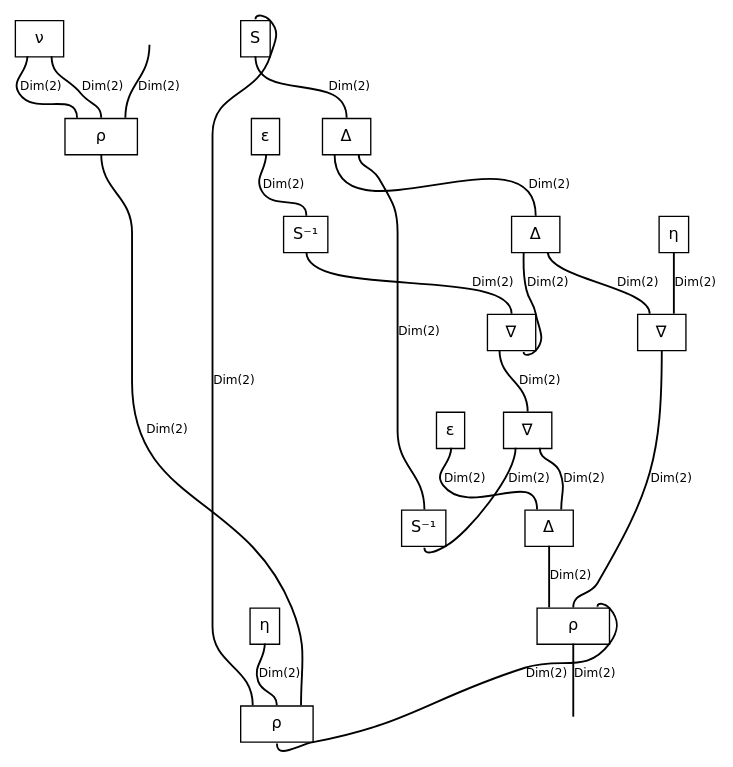
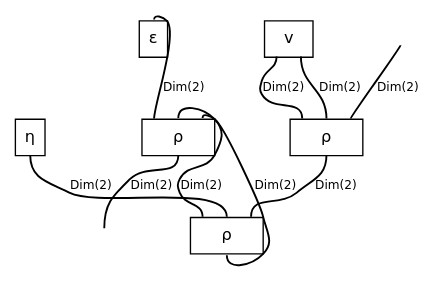
One commit to discopy/discopy changed the diagram in docs/_static/hopf/ribbon-functor.dot. Above: the diagram before and after it, drawn with Graphviz. The commit also changed 6 other files, not shown here.

```diff
--- a/docs/_static/hopf/ribbon-functor.dot
+++ b/docs/_static/hopf/ribbon-functor.dot
@@ -1,48 +1,24 @@
 graph cmap {
   graph [bgcolor="white", fontname="DejaVu Sans", layout="dot", margin="0.04", outputorder="edgesfirst", overlap="false", rankdir="TB", splines="true"];
   node [color="black", fontname="DejaVu Sans", fontsize="12", margin="0", shape="plain"];
   edge [color="black", fontname="DejaVu Sans", fontsize="9", headclip="true", penwidth="1.4", tailclip="true"];
-  v0 [label=<<TABLE BORDER="0" CELLBORDER="0" CELLSPACING="0"><TR><TD BORDER="1" CELLPADDING="6" COLSPAN="2" WIDTH="36">ν</TD></TR><TR><TD PORT="p2" TOOLTIP="cod 0: Dim(2) (down, down)" BORDER="0" CELLPADDING="0" COLSPAN="1" WIDTH="18" HEIGHT="0"></TD><TD PORT="p1" TOOLTIP="cod 1: Dim(2) (down, down)" BORDER="0" CELLPADDING="0" COLSPAN="1" WIDTH="18" HEIGHT="0"></TD></TR></TABLE>>];
+  v0 [label=<<TABLE BORDER="0" CELLBORDER="0" CELLSPACING="0"><TR><TD BORDER="1" CELLPADDING="6" COLSPAN="2" WIDTH="36">v</TD></TR><TR><TD PORT="p2" TOOLTIP="cod 0: Dim(2) (down, down)" BORDER="0" CELLPADDING="0" COLSPAN="1" WIDTH="18" HEIGHT="0"></TD><TD PORT="p1" TOOLTIP="cod 1: Dim(2) (down, down)" BORDER="0" CELLPADDING="0" COLSPAN="1" WIDTH="18" HEIGHT="0"></TD></TR></TABLE>>];
   v1 [label=<<TABLE BORDER="0" CELLBORDER="0" CELLSPACING="0"><TR><TD PORT="p3" TOOLTIP="dom 0: Dim(2) (up, up)" BORDER="0" CELLPADDING="0" COLSPAN="1" WIDTH="18" HEIGHT="0"></TD><TD PORT="p4" TOOLTIP="dom 1: Dim(2) (up, up)" BORDER="0" CELLPADDING="0" COLSPAN="1" WIDTH="18" HEIGHT="0"></TD><TD PORT="p5" TOOLTIP="dom 2: Dim(2) (up, up)" BORDER="0" CELLPADDING="0" COLSPAN="1" WIDTH="18" HEIGHT="0"></TD></TR><TR><TD BORDER="1" CELLPADDING="6" COLSPAN="3" WIDTH="54">ρ</TD></TR><TR><TD PORT="p6" TOOLTIP="cod 0: Dim(2) (down, down)" BORDER="0" CELLPADDING="0" COLSPAN="3" WIDTH="54" HEIGHT="0"></TD></TR></TABLE>>];
-  v2 [label=<<TABLE BORDER="0" CELLBORDER="0" CELLSPACING="0"><TR><TD BORDER="1" CELLPADDING="6" COLSPAN="1" WIDTH="18">ε</TD></TR><TR><TD PORT="p7" TOOLTIP="cod 0: Dim(2) (down, down)" BORDER="0" CELLPADDING="0" COLSPAN="1" WIDTH="18" HEIGHT="0"></TD></TR></TABLE>>];
+  v2 [label=<<TABLE BORDER="0" CELLBORDER="0" CELLSPACING="0"><TR><TD PORT="p7" TOOLTIP="dom 0: Dim(2) (up, up)" BORDER="0" CELLPADDING="0" COLSPAN="1" WIDTH="18" HEIGHT="0"></TD></TR><TR><TD BORDER="1" CELLPADDING="6" COLSPAN="1" WIDTH="18">ε</TD></TR></TABLE>>];
   v3 [label=<<TABLE BORDER="0" CELLBORDER="0" CELLSPACING="0"><TR><TD BORDER="1" CELLPADDING="6" COLSPAN="1" WIDTH="18">η</TD></TR><TR><TD PORT="p8" TOOLTIP="cod 0: Dim(2) (down, down)" BORDER="0" CELLPADDING="0" COLSPAN="1" WIDTH="18" HEIGHT="0"></TD></TR></TABLE>>];
-  v4 [label=<<TABLE BORDER="0" CELLBORDER="0" CELLSPACING="0"><TR><TD BORDER="1" CELLPADDING="6" COLSPAN="1" WIDTH="18">ε</TD></TR><TR><TD PORT="p9" TOOLTIP="cod 0: Dim(2) (down, down)" BORDER="0" CELLPADDING="0" COLSPAN="1" WIDTH="18" HEIGHT="0"></TD></TR></TABLE>>];
-  v5 [label=<<TABLE BORDER="0" CELLBORDER="0" CELLSPACING="0"><TR><TD PORT="p10" TOOLTIP="dom 0: Dim(2) (up, up)" BORDER="0" CELLPADDING="0" COLSPAN="1" WIDTH="18" HEIGHT="0"></TD></TR><TR><TD BORDER="1" CELLPADDING="6" COLSPAN="1" WIDTH="18">S⁻¹</TD></TR><TR><TD PORT="p11" TOOLTIP="cod 0: Dim(2) (down, down)" BORDER="0" CELLPADDING="0" COLSPAN="1" WIDTH="18" HEIGHT="0"></TD></TR></TABLE>>];
-  v6 [label=<<TABLE BORDER="0" CELLBORDER="0" CELLSPACING="0"><TR><TD PORT="p12" TOOLTIP="dom 0: Dim(2) (up, up)" BORDER="0" CELLPADDING="0" COLSPAN="1" WIDTH="18" HEIGHT="0"></TD></TR><TR><TD BORDER="1" CELLPADDING="6" COLSPAN="1" WIDTH="18">S</TD></TR><TR><TD PORT="p13" TOOLTIP="cod 0: Dim(2) (down, down)" BORDER="0" CELLPADDING="0" COLSPAN="1" WIDTH="18" HEIGHT="0"></TD></TR></TABLE>>];
-  v7 [label=<<TABLE BORDER="0" CELLBORDER="0" CELLSPACING="0"><TR><TD BORDER="1" CELLPADDING="6" COLSPAN="1" WIDTH="18">η</TD></TR><TR><TD PORT="p14" TOOLTIP="cod 0: Dim(2) (down, down)" BORDER="0" CELLPADDING="0" COLSPAN="1" WIDTH="18" HEIGHT="0"></TD></TR></TABLE>>];
-  v8 [label=<<TABLE BORDER="0" CELLBORDER="0" CELLSPACING="0"><TR><TD PORT="p15" TOOLTIP="dom 0: Dim(2) (up, up)" BORDER="0" CELLPADDING="0" COLSPAN="2" WIDTH="36" HEIGHT="0"></TD></TR><TR><TD BORDER="1" CELLPADDING="6" COLSPAN="2" WIDTH="36">Δ</TD></TR><TR><TD PORT="p17" TOOLTIP="cod 0: Dim(2) (down, down)" BORDER="0" CELLPADDING="0" COLSPAN="1" WIDTH="18" HEIGHT="0"></TD><TD PORT="p16" TOOLTIP="cod 1: Dim(2) (down, down)" BORDER="0" CELLPADDING="0" COLSPAN="1" WIDTH="18" HEIGHT="0"></TD></TR></TABLE>>];
-  v9 [label=<<TABLE BORDER="0" CELLBORDER="0" CELLSPACING="0"><TR><TD PORT="p18" TOOLTIP="dom 0: Dim(2) (up, up)" BORDER="0" CELLPADDING="0" COLSPAN="2" WIDTH="36" HEIGHT="0"></TD></TR><TR><TD BORDER="1" CELLPADDING="6" COLSPAN="2" WIDTH="36">Δ</TD></TR><TR><TD PORT="p20" TOOLTIP="cod 0: Dim(2) (down, down)" BORDER="0" CELLPADDING="0" COLSPAN="1" WIDTH="18" HEIGHT="0"></TD><TD PORT="p19" TOOLTIP="cod 1: Dim(2) (down, down)" BORDER="0" CELLPADDING="0" COLSPAN="1" WIDTH="18" HEIGHT="0"></TD></TR></TABLE>>];
-  v10 [label=<<TABLE BORDER="0" CELLBORDER="0" CELLSPACING="0"><TR><TD PORT="p21" TOOLTIP="dom 0: Dim(2) (up, up)" BORDER="0" CELLPADDING="0" COLSPAN="2" WIDTH="36" HEIGHT="0"></TD></TR><TR><TD BORDER="1" CELLPADDING="6" COLSPAN="2" WIDTH="36">∇</TD></TR><TR><TD PORT="p23" TOOLTIP="cod 0: Dim(2) (down, down)" BORDER="0" CELLPADDING="0" COLSPAN="1" WIDTH="18" HEIGHT="0"></TD><TD PORT="p22" TOOLTIP="cod 1: Dim(2) (down, down)" BORDER="0" CELLPADDING="0" COLSPAN="1" WIDTH="18" HEIGHT="0"></TD></TR></TABLE>>];
-  v11 [label=<<TABLE BORDER="0" CELLBORDER="0" CELLSPACING="0"><TR><TD PORT="p24" TOOLTIP="dom 0: Dim(2) (up, up)" BORDER="0" CELLPADDING="0" COLSPAN="2" WIDTH="36" HEIGHT="0"></TD></TR><TR><TD BORDER="1" CELLPADDING="6" COLSPAN="2" WIDTH="36">∇</TD></TR><TR><TD PORT="p26" TOOLTIP="cod 0: Dim(2) (down, down)" BORDER="0" CELLPADDING="0" COLSPAN="1" WIDTH="18" HEIGHT="0"></TD><TD PORT="p25" TOOLTIP="cod 1: Dim(2) (down, down)" BORDER="0" CELLPADDING="0" COLSPAN="1" WIDTH="18" HEIGHT="0"></TD></TR></TABLE>>];
-  v12 [label=<<TABLE BORDER="0" CELLBORDER="0" CELLSPACING="0"><TR><TD PORT="p27" TOOLTIP="dom 0: Dim(2) (up, up)" BORDER="0" CELLPADDING="0" COLSPAN="1" WIDTH="18" HEIGHT="0"></TD></TR><TR><TD BORDER="1" CELLPADDING="6" COLSPAN="1" WIDTH="18">S⁻¹</TD></TR><TR><TD PORT="p28" TOOLTIP="cod 0: Dim(2) (down, down)" BORDER="0" CELLPADDING="0" COLSPAN="1" WIDTH="18" HEIGHT="0"></TD></TR></TABLE>>];
-  v13 [label=<<TABLE BORDER="0" CELLBORDER="0" CELLSPACING="0"><TR><TD PORT="p29" TOOLTIP="dom 0: Dim(2) (up, up)" BORDER="0" CELLPADDING="0" COLSPAN="1" WIDTH="18" HEIGHT="0"></TD><TD PORT="p30" TOOLTIP="dom 1: Dim(2) (up, up)" BORDER="0" CELLPADDING="0" COLSPAN="1" WIDTH="18" HEIGHT="0"></TD></TR><TR><TD BORDER="1" CELLPADDING="6" COLSPAN="2" WIDTH="36">Δ</TD></TR><TR><TD PORT="p31" TOOLTIP="cod 0: Dim(2) (down, down)" BORDER="0" CELLPADDING="0" COLSPAN="2" WIDTH="36" HEIGHT="0"></TD></TR></TABLE>>];
-  v14 [label=<<TABLE BORDER="0" CELLBORDER="0" CELLSPACING="0"><TR><TD PORT="p32" TOOLTIP="dom 0: Dim(2) (up, up)" BORDER="0" CELLPADDING="0" COLSPAN="1" WIDTH="18" HEIGHT="0"></TD><TD PORT="p33" TOOLTIP="dom 1: Dim(2) (up, up)" BORDER="0" CELLPADDING="0" COLSPAN="1" WIDTH="18" HEIGHT="0"></TD></TR><TR><TD BORDER="1" CELLPADDING="6" COLSPAN="2" WIDTH="36">∇</TD></TR><TR><TD PORT="p34" TOOLTIP="cod 0: Dim(2) (down, down)" BORDER="0" CELLPADDING="0" COLSPAN="2" WIDTH="36" HEIGHT="0"></TD></TR></TABLE>>];
-  v15 [label=<<TABLE BORDER="0" CELLBORDER="0" CELLSPACING="0"><TR><TD PORT="p35" TOOLTIP="dom 0: Dim(2) (up, up)" BORDER="0" CELLPADDING="0" COLSPAN="1" WIDTH="18" HEIGHT="0"></TD><TD PORT="p36" TOOLTIP="dom 1: Dim(2) (up, up)" BORDER="0" CELLPADDING="0" COLSPAN="1" WIDTH="18" HEIGHT="0"></TD><TD PORT="p37" TOOLTIP="dom 2: Dim(2) (up, up)" BORDER="0" CELLPADDING="0" COLSPAN="1" WIDTH="18" HEIGHT="0"></TD></TR><TR><TD BORDER="1" CELLPADDING="6" COLSPAN="3" WIDTH="54">ρ</TD></TR><TR><TD PORT="p38" TOOLTIP="cod 0: Dim(2) (down, down)" BORDER="0" CELLPADDING="0" COLSPAN="3" WIDTH="54" HEIGHT="0"></TD></TR></TABLE>>];
-  v16 [label=<<TABLE BORDER="0" CELLBORDER="0" CELLSPACING="0"><TR><TD PORT="p39" TOOLTIP="dom 0: Dim(2) (up, up)" BORDER="0" CELLPADDING="0" COLSPAN="1" WIDTH="18" HEIGHT="0"></TD><TD PORT="p40" TOOLTIP="dom 1: Dim(2) (up, up)" BORDER="0" CELLPADDING="0" COLSPAN="1" WIDTH="18" HEIGHT="0"></TD><TD PORT="p41" TOOLTIP="dom 2: Dim(2) (up, up)" BORDER="0" CELLPADDING="0" COLSPAN="1" WIDTH="18" HEIGHT="0"></TD></TR><TR><TD BORDER="1" CELLPADDING="6" COLSPAN="3" WIDTH="54">ρ</TD></TR><TR><TD PORT="p42" TOOLTIP="cod 0: Dim(2) (down, down)" BORDER="0" CELLPADDING="0" COLSPAN="3" WIDTH="54" HEIGHT="0"></TD></TR></TABLE>>];
+  v4 [label=<<TABLE BORDER="0" CELLBORDER="0" CELLSPACING="0"><TR><TD PORT="p9" TOOLTIP="dom 0: Dim(2) (up, up)" BORDER="0" CELLPADDING="0" COLSPAN="1" WIDTH="18" HEIGHT="0"></TD><TD PORT="p10" TOOLTIP="dom 1: Dim(2) (up, up)" BORDER="0" CELLPADDING="0" COLSPAN="1" WIDTH="18" HEIGHT="0"></TD><TD PORT="p11" TOOLTIP="dom 2: Dim(2) (up, up)" BORDER="0" CELLPADDING="0" COLSPAN="1" WIDTH="18" HEIGHT="0"></TD></TR><TR><TD BORDER="1" CELLPADDING="6" COLSPAN="3" WIDTH="54">ρ</TD></TR><TR><TD PORT="p12" TOOLTIP="cod 0: Dim(2) (down, down)" BORDER="0" CELLPADDING="0" COLSPAN="3" WIDTH="54" HEIGHT="0"></TD></TR></TABLE>>];
+  v5 [label=<<TABLE BORDER="0" CELLBORDER="0" CELLSPACING="0"><TR><TD PORT="p13" TOOLTIP="dom 0: Dim(2) (up, up)" BORDER="0" CELLPADDING="0" COLSPAN="1" WIDTH="18" HEIGHT="0"></TD><TD PORT="p14" TOOLTIP="dom 1: Dim(2) (up, up)" BORDER="0" CELLPADDING="0" COLSPAN="1" WIDTH="18" HEIGHT="0"></TD><TD PORT="p15" TOOLTIP="dom 2: Dim(2) (up, up)" BORDER="0" CELLPADDING="0" COLSPAN="1" WIDTH="18" HEIGHT="0"></TD></TR><TR><TD BORDER="1" CELLPADDING="6" COLSPAN="3" WIDTH="54">ρ</TD></TR><TR><TD PORT="p16" TOOLTIP="cod 0: Dim(2) (down, down)" BORDER="0" CELLPADDING="0" COLSPAN="3" WIDTH="54" HEIGHT="0"></TD></TR></TABLE>>];
   input [label=<<TABLE BORDER="0" CELLBORDER="0" CELLSPACING="0"><TR><TD PORT="p0" TOOLTIP="input 0: Dim(2)" BORDER="0" CELLPADDING="4"></TD></TR></TABLE>>];
-  output [label=<<TABLE BORDER="0" CELLBORDER="0" CELLSPACING="0"><TR><TD PORT="p43" TOOLTIP="output 0: Dim(2)" BORDER="0" CELLPADDING="4"></TD></TR></TABLE>>];
+  output [label=<<TABLE BORDER="0" CELLBORDER="0" CELLSPACING="0"><TR><TD PORT="p17" TOOLTIP="output 0: Dim(2)" BORDER="0" CELLPADDING="4"></TD></TR></TABLE>>];
   { rank=min; input; }
   { rank=max; output; }
   input:p0:s -- v1:p5:n [label="Dim(2)", labeldistance="1.6", len="0.85"];
   v0:p1:s -- v1:p4:n [label="Dim(2)", labeldistance="1.6", len="0.85"];
   v0:p2:s -- v1:p3:n [label="Dim(2)", labeldistance="1.6", len="0.85"];
-  v1:p6:s -- v16:p41:n [label="Dim(2)", labeldistance="1.6", len="0.85"];
-  v2:p7:s -- v5:p10:n [label="Dim(2)", labeldistance="1.6", len="0.85"];
-  v3:p8:s -- v16:p40:n [label="Dim(2)", labeldistance="1.6", len="0.85"];
-  v4:p9:s -- v13:p29:n [label="Dim(2)", labeldistance="1.6", len="0.85"];
-  v5:p11:s -- v10:p21:n [label="Dim(2)", labeldistance="1.6", len="0.85"];
-  v6:p12:n -- v16:p39:n [label="Dim(2)", labeldistance="1.6", len="0.85"];
-  v6:p13:s -- v8:p15:n [label="Dim(2)", labeldistance="1.6", len="0.85"];
-  v7:p14:s -- v14:p33:n [label="Dim(2)", labeldistance="1.6", len="0.85"];
-  v8:p16:s -- v12:p27:n [label="Dim(2)", labeldistance="1.6", len="0.85"];
-  v8:p17:s -- v9:p18:n [label="Dim(2)", labeldistance="1.6", len="0.85"];
-  v9:p19:s -- v14:p32:n [label="Dim(2)", labeldistance="1.6", len="0.85"];
-  v9:p20:s -- v10:p22:s [label="Dim(2)", labeldistance="1.6", len="0.85"];
-  v10:p23:s -- v11:p24:n [label="Dim(2)", labeldistance="1.6", len="0.85"];
-  v11:p25:s -- v13:p30:n [label="Dim(2)", labeldistance="1.6", len="0.85"];
-  v11:p26:s -- v12:p28:s [label="Dim(2)", labeldistance="1.6", len="0.85"];
-  v13:p31:s -- v15:p35:n [label="Dim(2)", labeldistance="1.6", len="0.85"];
-  v14:p34:s -- v15:p36:n [label="Dim(2)", labeldistance="1.6", len="0.85"];
-  v15:p37:n -- v16:p42:s [label="Dim(2)", labeldistance="1.6", len="0.85"];
-  v15:p38:s -- output:p43:n [label="Dim(2)", labeldistance="1.6", len="0.85"];
+  v1:p6:s -- v5:p15:n [label="Dim(2)", labeldistance="1.6", len="0.85"];
+  v2:p7:n -- v4:p9:n [label="Dim(2)", labeldistance="1.6", len="0.85"];
+  v3:p8:s -- v5:p14:n [label="Dim(2)", labeldistance="1.6", len="0.85"];
+  v4:p10:n -- v5:p13:n [label="Dim(2)", labeldistance="1.6", len="0.85"];
+  v4:p11:n -- v5:p16:s [label="Dim(2)", labeldistance="1.6", len="0.85"];
+  v4:p12:s -- output:p17:n [label="Dim(2)", labeldistance="1.6", len="0.85"];
 }
```
